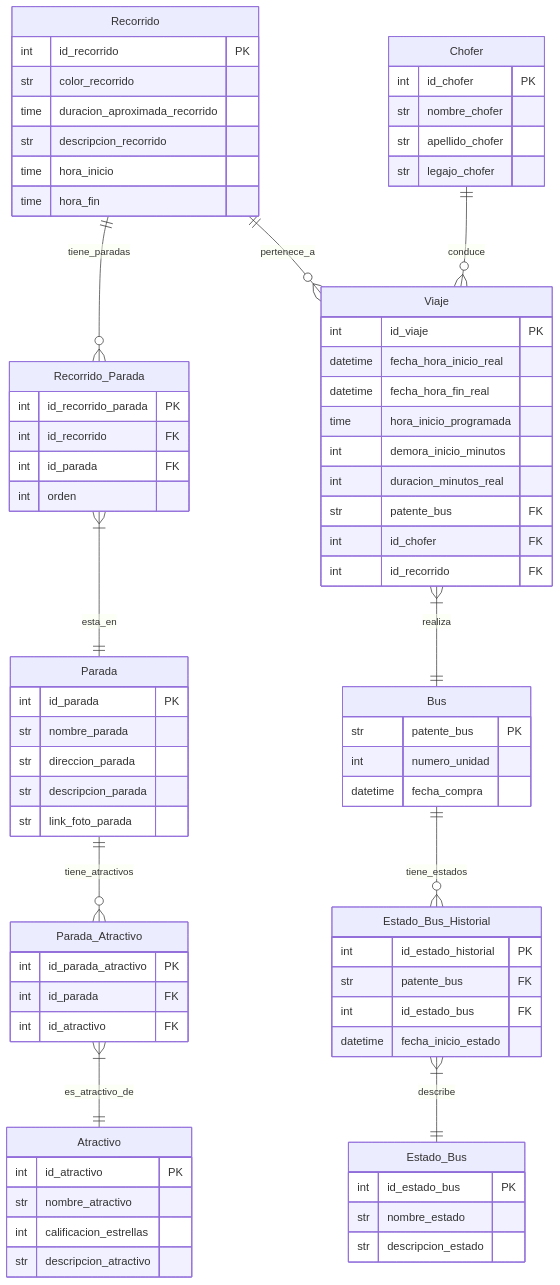
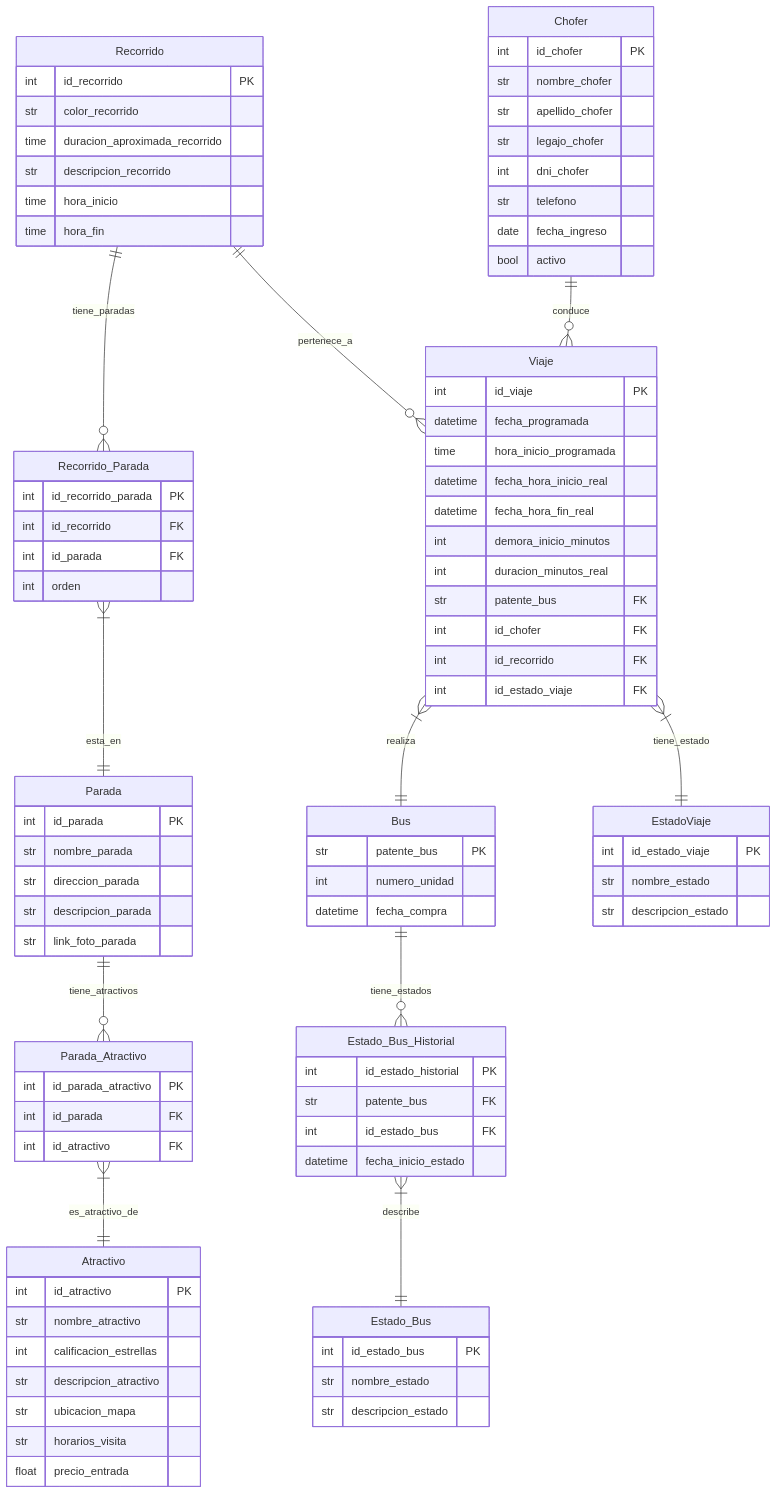
Before and after one commit to Villada-PG3/trabajo-practico-integrador-bus-turistico: the diagram in proyecto_desarrollo/er1.mmd, drawn with Mermaid.

Commit message:
estado_viaje

```diff
--- a/proyecto_desarrollo/er1.mmd
+++ b/proyecto_desarrollo/er1.mmd
@@ -1,86 +1,103 @@
 erDiagram
     Recorrido ||--o{ Recorrido_Parada : tiene_paradas
     Recorrido_Parada }|--|| Parada : esta_en
     Parada ||--o{ Parada_Atractivo : tiene_atractivos
     Parada_Atractivo }|--|| Atractivo : es_atractivo_de
 
     Bus ||--o{ Estado_Bus_Historial : tiene_estados
     Estado_Bus_Historial }|--|| Estado_Bus : describe
     Chofer ||--o{ Viaje : conduce
     Viaje }|--|| Bus : realiza
     Recorrido ||--o{ Viaje : pertenece_a
+
+    Viaje }|--|| EstadoViaje : tiene_estado 
 
     Recorrido {
         int id_recorrido PK
         str color_recorrido
         time duracion_aproximada_recorrido
         str descripcion_recorrido
         time hora_inicio
         time hora_fin
     }
 
     Recorrido_Parada {
         int id_recorrido_parada PK
         int id_recorrido FK
         int id_parada FK
         int orden
     }
 
     Parada {
         int id_parada PK
         str nombre_parada
         str direccion_parada
         str descripcion_parada
         str link_foto_parada
     }
 
     Parada_Atractivo {
         int id_parada_atractivo PK
         int id_parada FK
         int id_atractivo FK
     }
 
     Atractivo {
         int id_atractivo PK
         str nombre_atractivo
         int calificacion_estrellas
         str descripcion_atractivo
+        str ubicacion_mapa
+        str horarios_visita
+        float precio_entrada
     }
 
     Bus {
         str patente_bus PK
         int numero_unidad
         datetime fecha_compra
+    
     }
 
     Estado_Bus {
         int id_estado_bus PK
         str nombre_estado
         str descripcion_estado
     }
 
     Estado_Bus_Historial {
         int id_estado_historial PK
         str patente_bus FK
         int id_estado_bus FK
         datetime fecha_inicio_estado
     }
 
     Chofer {
         int id_chofer PK
         str nombre_chofer
         str apellido_chofer
         str legajo_chofer
+        int dni_chofer
+        str telefono
+        date fecha_ingreso
+        bool activo
     }
 
     Viaje {
         int id_viaje PK
+        datetime fecha_programada
+        time hora_inicio_programada
         datetime fecha_hora_inicio_real
         datetime fecha_hora_fin_real
-        time hora_inicio_programada
         int demora_inicio_minutos
         int duracion_minutos_real
         str patente_bus FK
         int id_chofer FK
         int id_recorrido FK
+        int id_estado_viaje FK
     }
+    EstadoViaje {
+        int id_estado_viaje PK
+        str nombre_estado
+        str descripcion_estado
+    }
```
